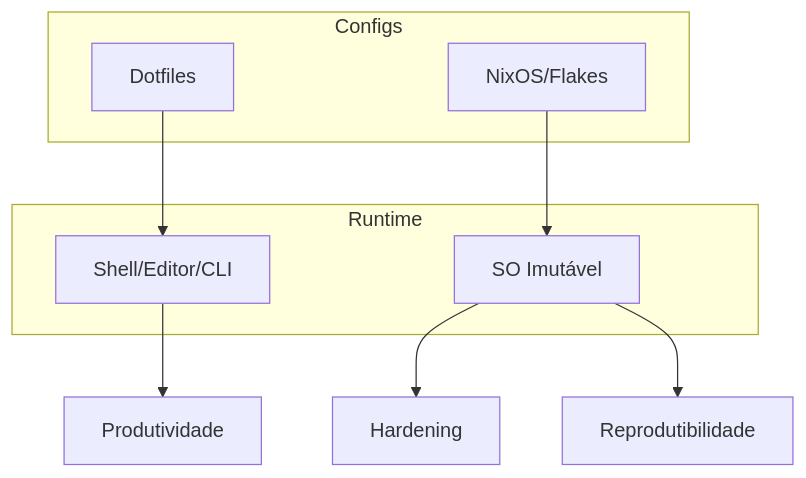
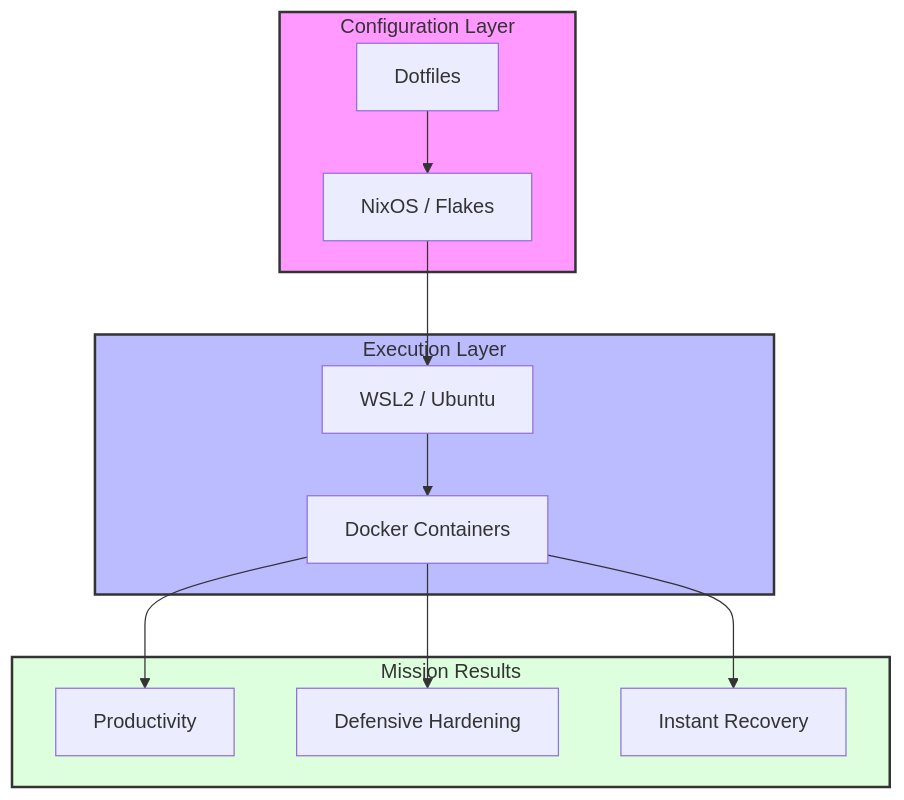
Before and after one commit to ramosbiro/lab-dev: the diagram in docs/architecture.md, drawn with Mermaid. The commit also changed other lines of this file, not shown here.

First line of the commit message:
Revise architecture document with detailed sections

````diff
--- a/docs/architecture.md
+++ b/docs/architecture.md
@@ -7,18 +41,21 @@
 ```mermaid
-flowchart TB
-  subgraph Configs
-    Dotfiles[Dotfiles]
-    NixOS[NixOS/Flakes]
-  end
+graph TD
+    subgraph Configs [Configuration Layer]
+        A[Dotfiles] --> C[NixOS / Flakes]
+    end
 
-  subgraph Runtime
-    Shell[Shell/Editor/CLI]
-    System[SO Imutável]
-  end
+    subgraph Runtime [Execution Layer]
+        C --> D[WSL2 / Ubuntu]
+        D --> E[Docker Containers]
+    end
 
-  Dotfiles --> Shell
-  NixOS --> System
-  System --> Security[Hardening]
-  System --> Repro[Reprodutibilidade]
-  Shell --> Productivity[Produtividade]
+    subgraph Output [Mission Results]
+        E --> F[Productivity]
+        E --> G[Defensive Hardening]
+        E --> H[Instant Recovery]
+    end
+
+    style Configs fill:#f9f,stroke:#333,stroke-width:2px
+    style Runtime fill:#bbf,stroke:#333,stroke-width:2px
+    style Output fill:#dfd,stroke:#333,stroke-width:2px
 ```
````
